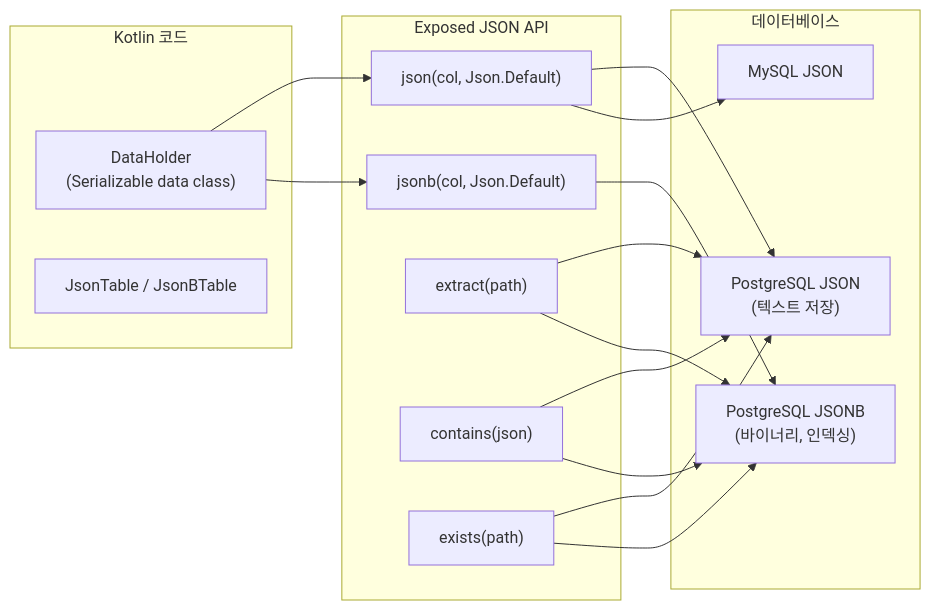
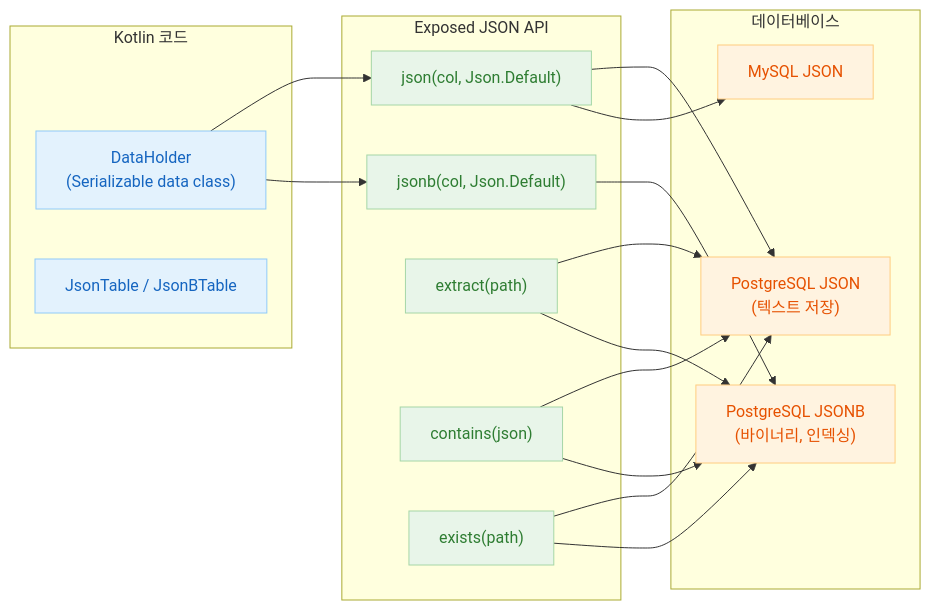
Before and after one commit to bluetape4k/exposed-workshop: the first of 3 diagrams in 06-advanced/04-exposed-json/README.md, drawn with Mermaid. The commit also changed other lines of this file and 56 other files, not shown here.

First line of the commit message:
docs: 전체 README mermaid 다이어그램에 파스텔 톤 색상 적용

````diff
--- a/06-advanced/04-exposed-json/README.md
+++ b/06-advanced/04-exposed-json/README.md
@@ -23,26 +23,34 @@
 ```mermaid
 flowchart LR
     subgraph Kotlin["Kotlin 코드"]
         DH["DataHolder\n(Serializable data class)"]
         JT["JsonTable / JsonBTable"]
     end
 
     subgraph Exposed["Exposed JSON API"]
         JC["json(col, Json.Default)"]
         JB["jsonb(col, Json.Default)"]
         EX["extract(path)"]
         CO["contains(json)"]
         EXI["exists(path)"]
     end
 
     subgraph DB["데이터베이스"]
         PG_JSON["PostgreSQL JSON\n(텍스트 저장)"]
         PG_JSONB["PostgreSQL JSONB\n(바이너리, 인덱싱)"]
         MY_JSON["MySQL JSON"]
     end
 
     DH --> JC & JB
     JC --> PG_JSON & MY_JSON
     JB --> PG_JSONB
     EX & CO & EXI --> PG_JSON & PG_JSONB
+
+    classDef blue fill:#E3F2FD,stroke:#90CAF9,color:#1565C0
+    classDef green fill:#E8F5E9,stroke:#A5D6A7,color:#2E7D32
+    classDef orange fill:#FFF3E0,stroke:#FFCC80,color:#E65100
+
+    class DH,JT blue
+    class JC,JB,EX,CO,EXI green
+    class PG_JSON,PG_JSONB,MY_JSON orange
 ```
````
